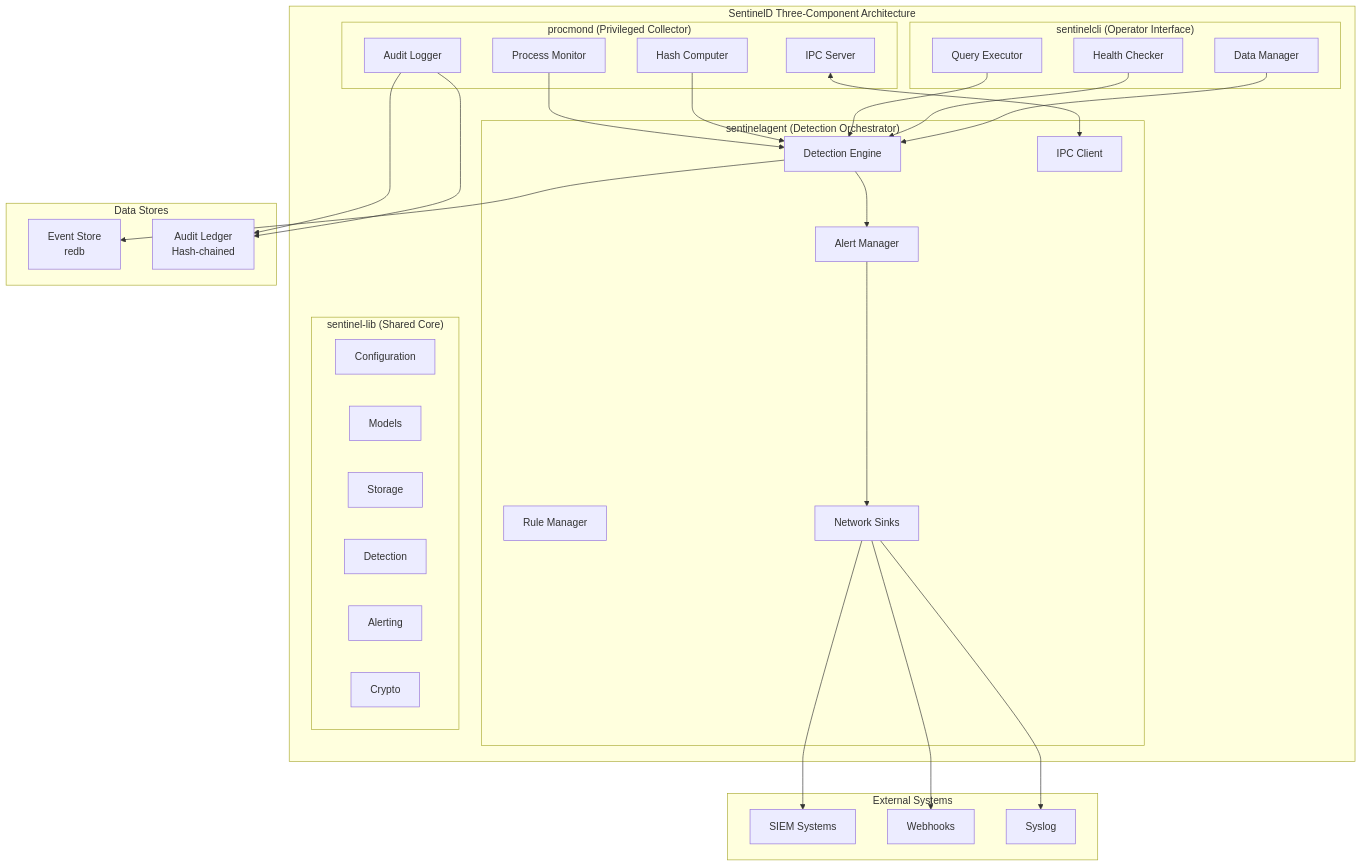
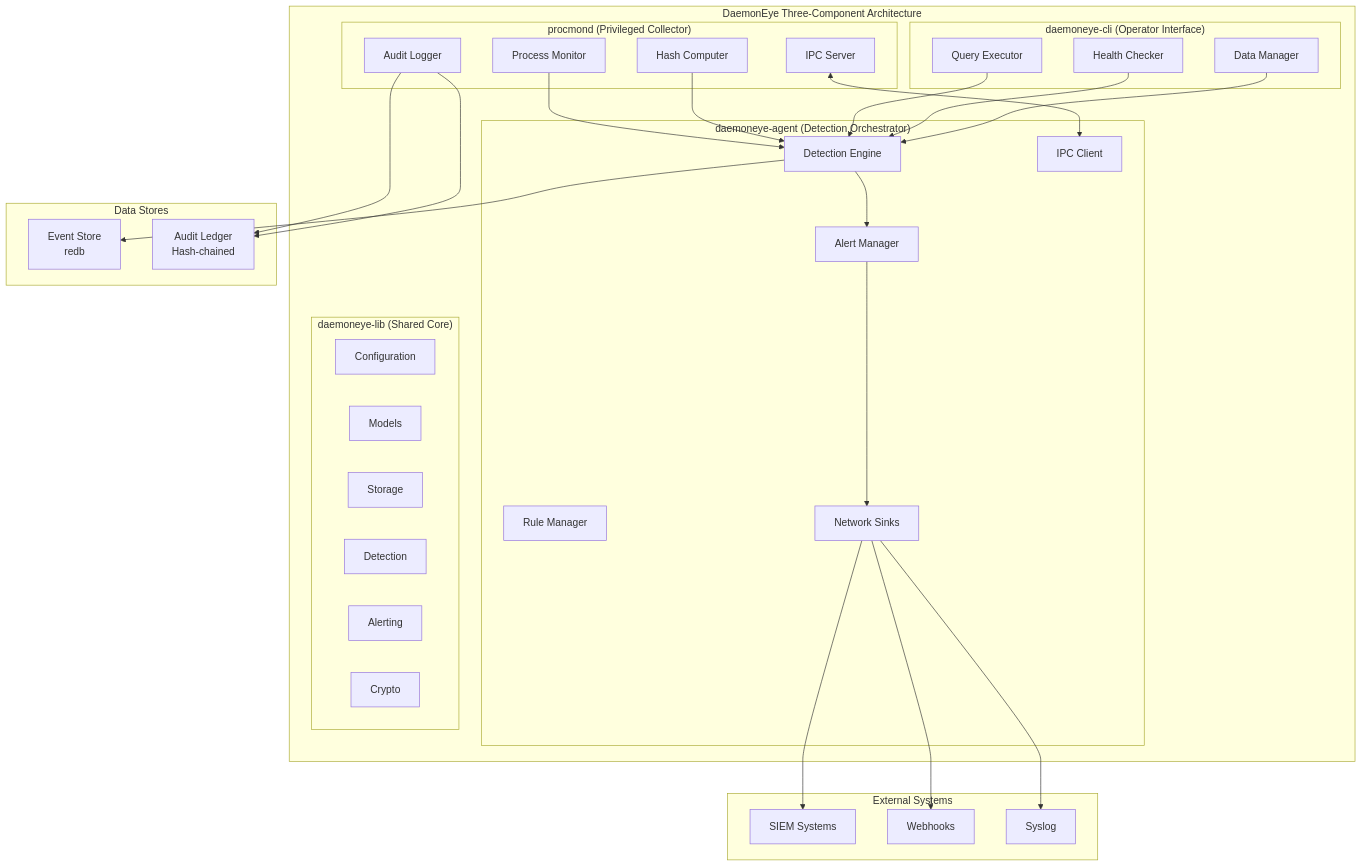
Before and after one commit to EvilBit-Labs/DaemonEye: the first of 4 diagrams in docs/src/architecture/system-architecture.md, drawn with Mermaid. The commit also changed other lines of this file and 211 other files, not shown here.

First line of the commit message:
[BREAKING] Complete Product Rebranding: SentinelD → DaemonEye (#85)

````diff
--- a/docs/src/architecture/system-architecture.md
+++ b/docs/src/architecture/system-architecture.md
@@ -9,60 +9,60 @@
 ```mermaid
 graph TB
-    subgraph "SentinelD Three-Component Architecture"
+    subgraph "DaemonEye Three-Component Architecture"
         subgraph "procmond (Privileged Collector)"
             PM[Process Monitor]
             HC[Hash Computer]
             AL[Audit Logger]
             IPC1[IPC Server]
         end
 
-        subgraph "sentinelagent (Detection Orchestrator)"
+        subgraph "daemoneye-agent (Detection Orchestrator)"
             DE[Detection Engine]
             AM[Alert Manager]
             RM[Rule Manager]
             IPC2[IPC Client]
             NS[Network Sinks]
         end
 
-        subgraph "sentinelcli (Operator Interface)"
+        subgraph "daemoneye-cli (Operator Interface)"
             QE[Query Executor]
             HC2[Health Checker]
             DM[Data Manager]
         end
 
-        subgraph "sentinel-lib (Shared Core)"
+        subgraph "daemoneye-lib (Shared Core)"
             CFG[Configuration]
             MOD[Models]
             STO[Storage]
             DET[Detection]
             ALT[Alerting]
             CRY[Crypto]
         end
     end
 
     subgraph "Data Stores"
         ES[Event Store<br/>redb]
         AL2[Audit Ledger<br/>Hash-chained]
     end
 
     subgraph "External Systems"
         SIEM[SIEM Systems]
         WEBHOOK[Webhooks]
         SYSLOG[Syslog]
     end
 
     PM --> DE
     HC --> DE
     AL --> AL2
     IPC1 <--> IPC2
     DE --> AM
     AM --> NS
     NS --> SIEM
     NS --> WEBHOOK
     NS --> SYSLOG
     QE --> DE
     HC2 --> DE
     DM --> DE
     DE --> ES
     AL --> AL2
 ```
````
